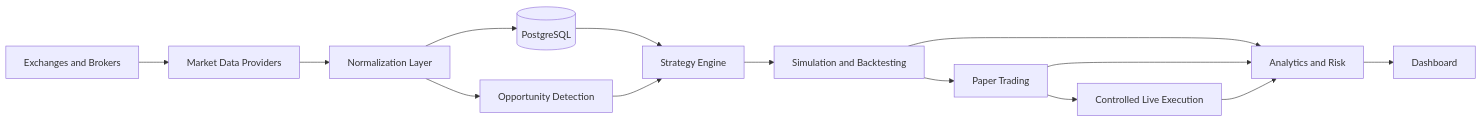
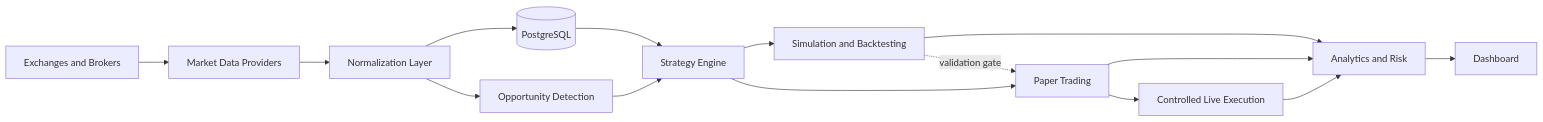
One commit to armageAR/quant-lab changed the first of 2 diagrams in docs/architecture.md. Above: the diagram before and after it, drawn with Mermaid. The commit also changed other lines of this file and 70 other files, not shown here.

````diff
--- a/docs/architecture.md
+++ b/docs/architecture.md
@@ -7,28 +7,30 @@
 ```mermaid
 flowchart LR
     Exchanges[Exchanges and Brokers]
     MarketData[Market Data Providers]
     Normalization[Normalization Layer]
     Storage[(PostgreSQL)]
     Detector[Opportunity Detection]
     Strategies[Strategy Engine]
-    Simulation[Simulation and Backtesting]
+    Backtesting[Simulation and Backtesting]
     Paper[Paper Trading]
     Execution[Controlled Live Execution]
     Analytics[Analytics and Risk]
     Dashboard[Dashboard]
 
     Exchanges --> MarketData
     MarketData --> Normalization
     Normalization --> Storage
     Normalization --> Detector
     Storage --> Strategies
     Detector --> Strategies
-    Strategies --> Simulation
-    Simulation --> Analytics
-    Simulation --> Paper
+    Strategies --> Backtesting
+    Strategies --> Paper
+    Backtesting --> Analytics
     Paper --> Analytics
     Paper --> Execution
     Analytics --> Dashboard
     Execution --> Analytics
+
+    Backtesting -. validation gate .-> Paper
 ```
````
